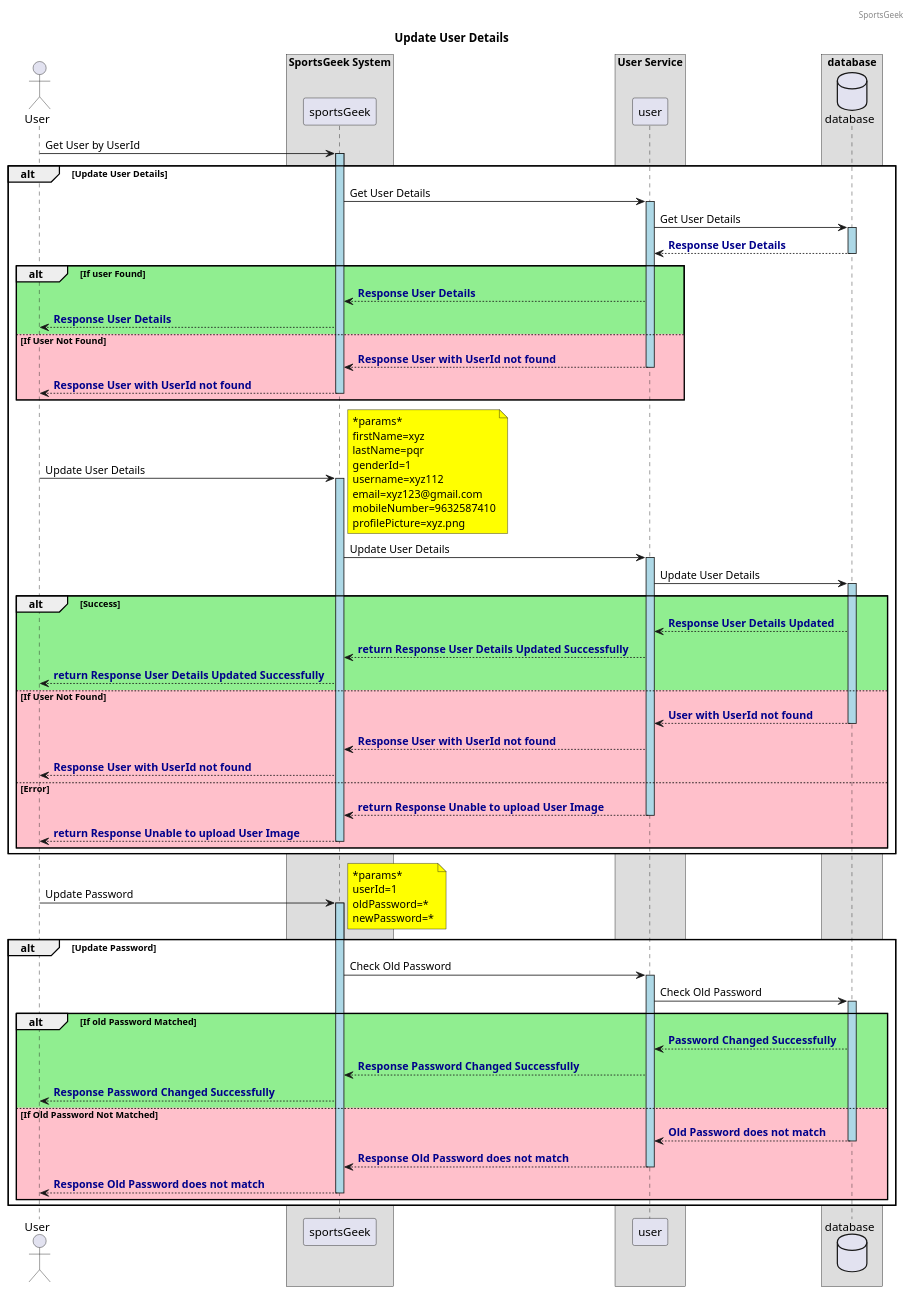
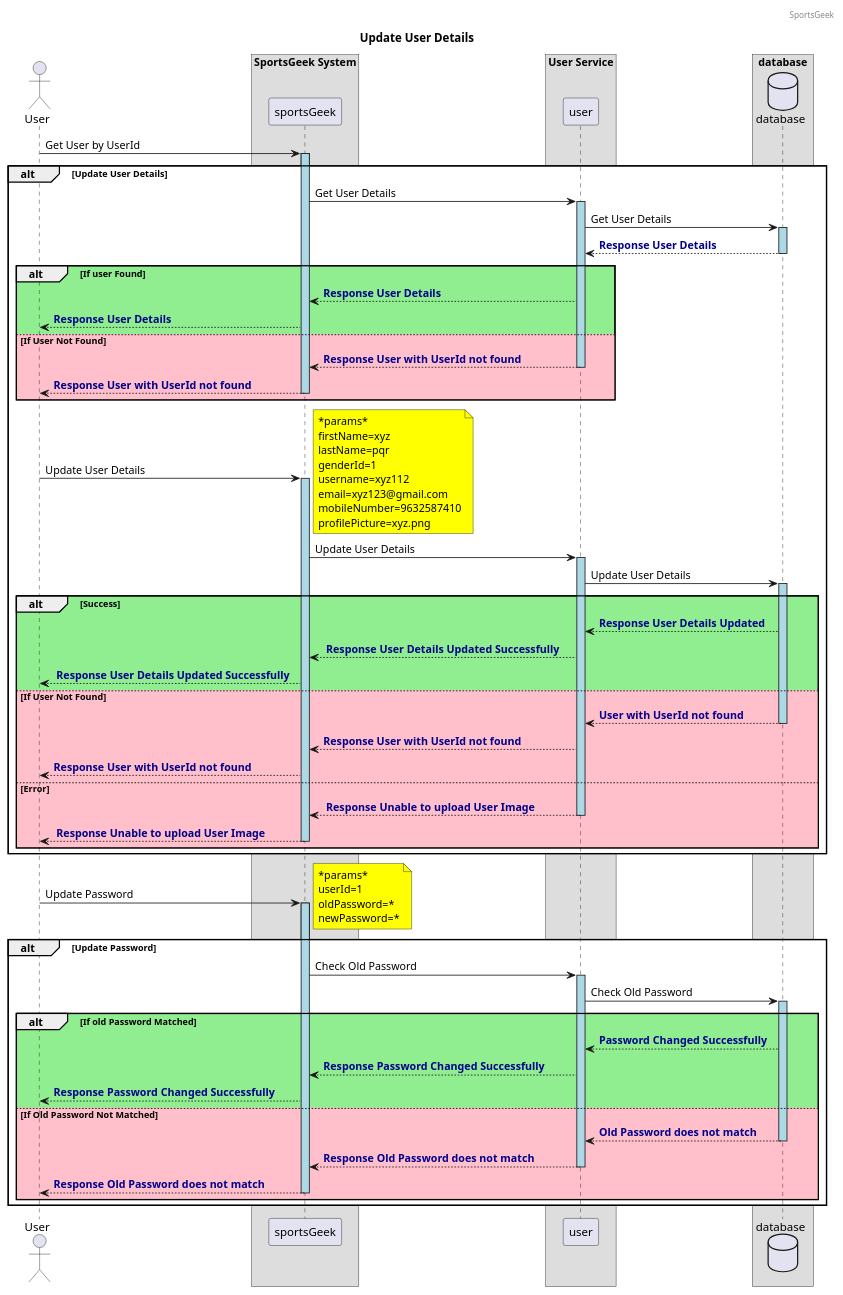
The diagram in src/doc/sequenceDiagram/UpdateUserDetails.puml (suraj903/sportsgeek_backend-1), drawn with PlantUML before and after one commit. The commit also changed 3 other files, not shown here.

Commit message:
Changes in Sequence Diagram implementation --sajesh

```diff
--- a/src/doc/sequenceDiagram/UpdateUserDetails.puml
+++ b/src/doc/sequenceDiagram/UpdateUserDetails.puml
@@ -1,95 +1,95 @@
 @startuml
 header SportsGeek
 title Update User Details
 skinparam ParticipantPadding 10
 skinparam BoxPadding 20
 actor User
 box "SportsGeek System"
  participant sportsGeek
 end box
 box "User Service"
  participant user
 end box
 box "database"
     database database
 end box
 User -> sportsGeek: Get User by UserId
 activate sportsGeek #lightblue
 alt #white Update User Details
 sportsGeek -> "user" : Get User Details
 activate user #lightblue
     user -> "database" : Get User Details
     activate "database" #lightblue
     "database" --> "user" : <font color=darkblue><b>Response User Details
     deactivate "database"
 alt #lightgreen If user Found
 "user" --> sportsGeek : <font color=darkblue><b>Response User Details
 "sportsGeek" --> User : <font color=darkblue><b>Response User Details
 else #pink If User Not Found
 "user" --> "sportsGeek" : <font color=darkblue><b>Response User with UserId not found
 deactivate "user"
 "sportsGeek" --> User : <font color=darkblue><b>Response User with UserId not found
 deactivate "sportsGeek"
 end alt
 
 
 User -> "sportsGeek": Update User Details
 activate sportsGeek #lightblue
 note right #yellow
     *params*
     firstName=xyz
     lastName=pqr
     genderId=1
     username=xyz112
     email=xyz123@gmail.com
     mobileNumber=9632587410
     profilePicture=xyz.png
     end note
 "sportsGeek" -> "user" : Update User Details
 activate user #lightblue
 user -> "database" : Update User Details
 activate "database" #lightblue
 alt #lightgreen Success
 "database" --> "user" : <font color=darkblue><b>Response User Details Updated
-"user" --> "sportsGeek" : <font color=darkblue><b>return Response User Details Updated Successfully
-    "sportsGeek" --> User : <font color=darkblue><b>return Response User Details Updated Successfully
+"user" --> "sportsGeek" : <font color=darkblue><b> Response User Details Updated Successfully
+    "sportsGeek" --> User : <font color=darkblue><b> Response User Details Updated Successfully
 else #pink If User Not Found
 "database" --> "user" : <font color=darkblue><b>User with UserId not found
 deactivate "database"
 "user" --> "sportsGeek" : <font color=darkblue><b>Response User with UserId not found
 "sportsGeek" --> User : <font color=darkblue><b>Response User with UserId not found
 else #pink Error
-"user" --> "sportsGeek" : <font color=darkblue><b>return Response Unable to upload User Image
+"user" --> "sportsGeek" : <font color=darkblue><b> Response Unable to upload User Image
 deactivate "user"
-"sportsGeek" --> User : <font color=darkblue><b>return Response Unable to upload User Image
+"sportsGeek" --> User : <font color=darkblue><b> Response Unable to upload User Image
 deactivate "sportsGeek"
 end alt
 end alt
 
 User -> "sportsGeek": Update Password
 activate sportsGeek #lightblue
 alt #white Update Password
 note right #yellow
     *params*
     userId=1
     oldPassword=*
     newPassword=*
     end note
     "sportsGeek" -> "user" : Check Old Password
     activate user #lightblue
 user -> "database" : Check Old Password
 activate "database" #lightblue
 alt #lightgreen If old Password Matched
 "database" --> "user" : <font color=darkblue><b>Password Changed Successfully
 "user" --> "sportsGeek" : <font color=darkblue><b>Response Password Changed Successfully
     "sportsGeek" --> User : <font color=darkblue><b>Response Password Changed Successfully
 else #pink If Old Password Not Matched
 "database" --> "user" : <font color=darkblue><b>Old Password does not match
 deactivate "database"
 "user" --> "sportsGeek" : <font color=darkblue><b>Response Old Password does not match
 deactivate "user"
 "sportsGeek" --> User : <font color=darkblue><b>Response Old Password does not match
 deactivate "sportsGeek"
 end alt
 end alt
 @enduml
```
